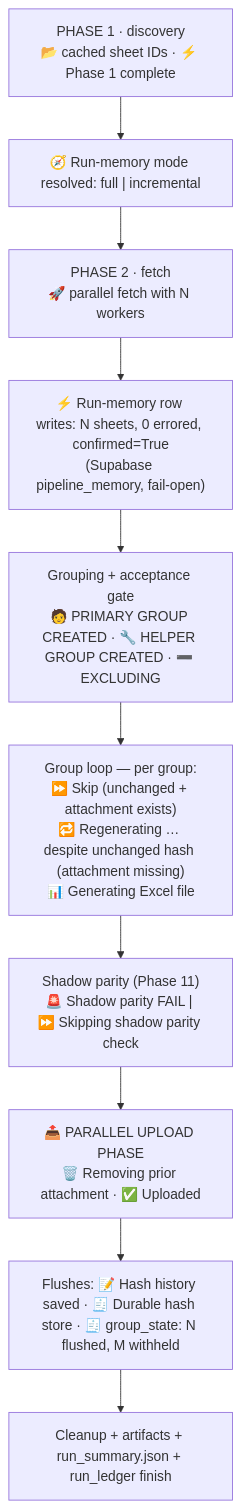
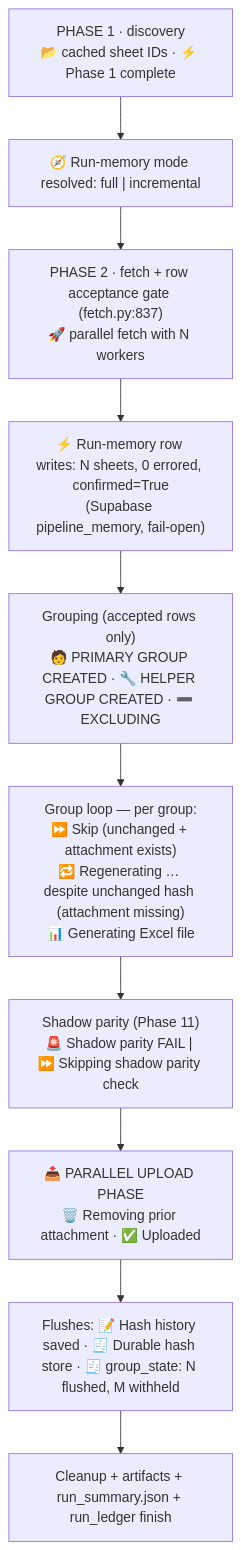
One commit to JFlo21/Generate-Weekly-PDFs-DSR-Resiliency changed the diagram in website/docs/learn/for-engineers.md. Above: the diagram before and after it, drawn with Mermaid. The commit also changed other lines of this file and 1 other file, not shown here.

First line of the commit message:
docs(learn): Copilot round 3 — snapshot date, reset purge, gate phase

````diff
--- a/website/docs/learn/for-engineers.md
+++ b/website/docs/learn/for-engineers.md
@@ -48,13 +48,13 @@
 ```mermaid
 flowchart TD
     P1["PHASE 1 · discovery<br/>📂 cached sheet IDs · ⚡ Phase 1 complete"]
     P1 --> M["🧭 Run-memory mode resolved: full | incremental"]
-    M --> P2["PHASE 2 · fetch<br/>🚀 parallel fetch with N workers"]
+    M --> P2["PHASE 2 · fetch + row acceptance gate (fetch.py:837)<br/>🚀 parallel fetch with N workers"]
     P2 --> W["⚡ Run-memory row writes: N sheets, 0 errored, confirmed=True<br/>(Supabase pipeline_memory, fail-open)"]
-    W --> G["Grouping + acceptance gate<br/>🧑 PRIMARY GROUP CREATED · 🔧 HELPER GROUP CREATED · ➖ EXCLUDING"]
+    W --> G["Grouping (accepted rows only)<br/>🧑 PRIMARY GROUP CREATED · 🔧 HELPER GROUP CREATED · ➖ EXCLUDING"]
     G --> L["Group loop — per group:<br/>⏩ Skip (unchanged + attachment exists)<br/>🔁 Regenerating … despite unchanged hash (attachment missing)<br/>📊 Generating Excel file"]
     L --> S["Shadow parity (Phase 11)<br/>🚨 Shadow parity FAIL | ⏩ Skipping shadow parity check"]
     S --> U["📤 PARALLEL UPLOAD PHASE<br/>🗑️ Removing prior attachment · ✅ Uploaded"]
     U --> F["Flushes: 📝 Hash history saved · 🧾 Durable hash store · 🧾 group_state: N flushed, M withheld"]
     F --> C["Cleanup + artifacts + run_summary.json + run_ledger finish"]
 ```
````
